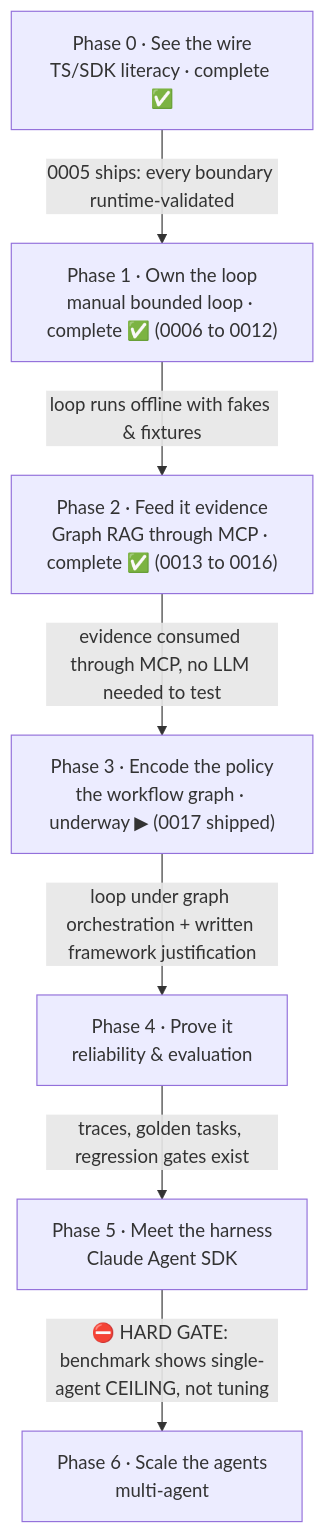
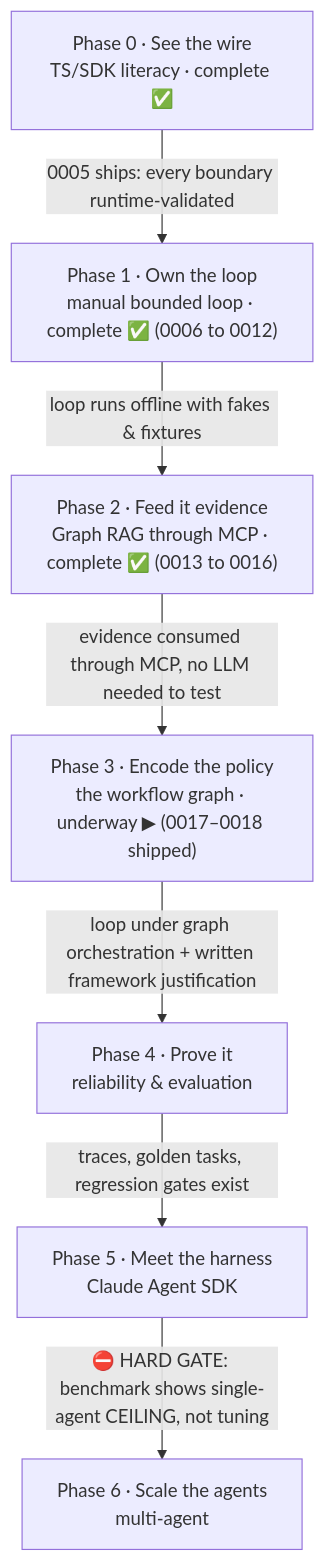
Before and after one commit to JozsefKiss90/TS: the first of 6 diagrams in wiki/course/course-module-graph.md, drawn with Mermaid. The commit also changed other lines of this file and 21 other files, not shown here.

First line of the commit message:
Ship lesson 0018 - The Loop Walks the Graph; lab 12 parts d-f; Phase 3 is 2 of 5

````diff
--- a/wiki/course/course-module-graph.md
+++ b/wiki/course/course-module-graph.md
@@ -17,16 +17,16 @@
 ```mermaid
 flowchart TD
     P0["Phase 0 · See the wire<br/>TS/SDK literacy · complete ✅"]
     P1["Phase 1 · Own the loop<br/>manual bounded loop · complete ✅ (0006 to 0012)"]
     P2["Phase 2 · Feed it evidence<br/>Graph RAG through MCP · complete ✅ (0013 to 0016)"]
-    P3["Phase 3 · Encode the policy<br/>the workflow graph · underway ▶ (0017 shipped)"]
+    P3["Phase 3 · Encode the policy<br/>the workflow graph · underway ▶ (0017–0018 shipped)"]
     P4["Phase 4 · Prove it<br/>reliability & evaluation"]
     P5["Phase 5 · Meet the harness<br/>Claude Agent SDK"]
     P6["Phase 6 · Scale the agents<br/>multi-agent"]
     P0 -->|"0005 ships: every boundary runtime-validated"| P1
     P1 -->|"loop runs offline with fakes & fixtures"| P2
     P2 -->|"evidence consumed through MCP, no LLM needed to test"| P3
     P3 -->|"loop under graph orchestration + written framework justification"| P4
     P4 -->|"traces, golden tasks, regression gates exist"| P5
     P5 -->|"⛔ HARD GATE: benchmark shows single-agent CEILING, not tuning"| P6
 ```
````
